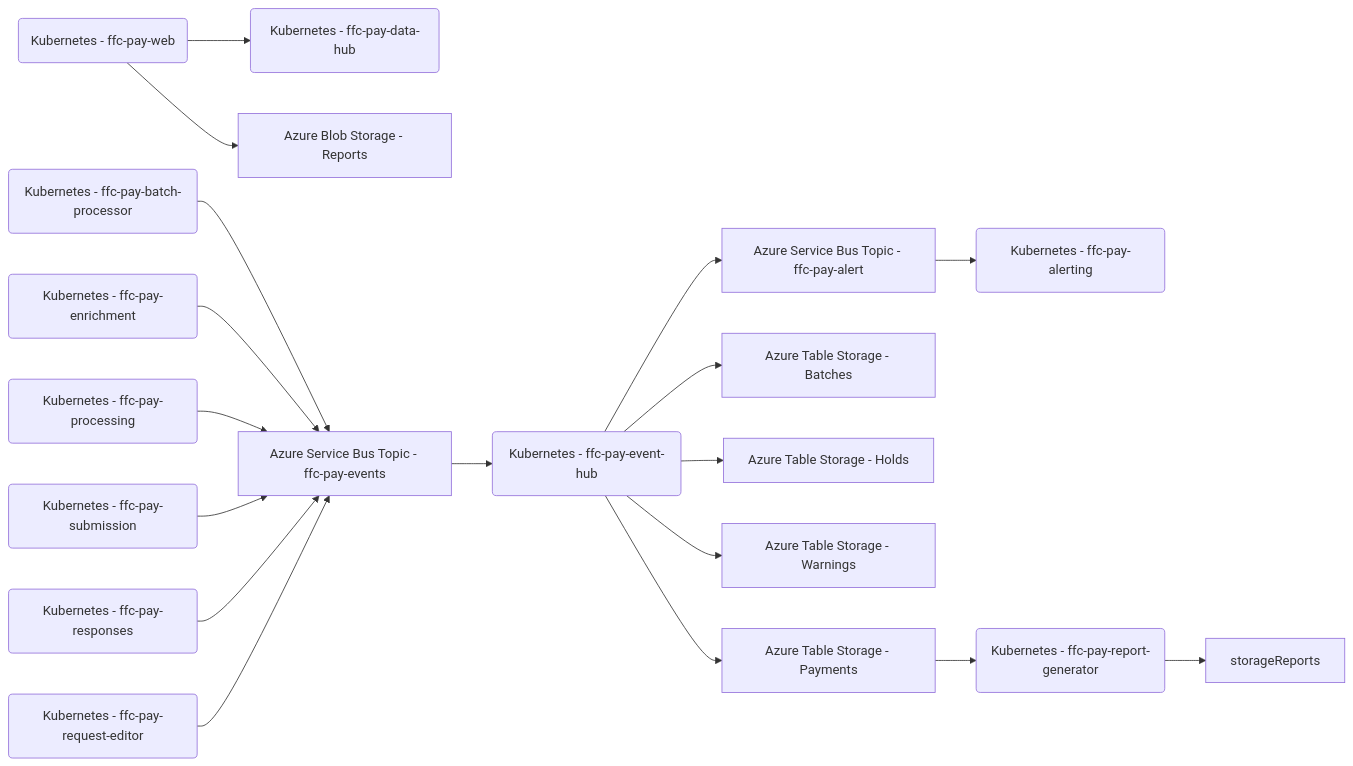
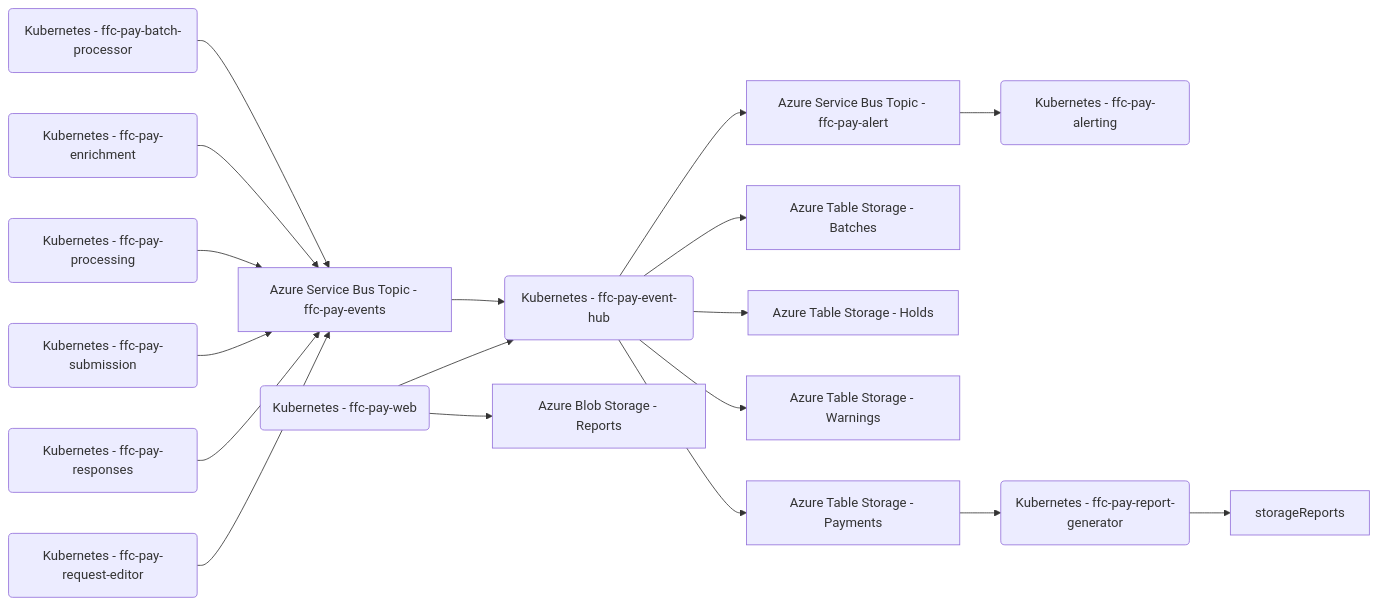
One commit to DEFRA/ffc-pay-core changed the second of 3 diagrams in README.md. Above: the diagram before and after it, drawn with Mermaid. The commit also changed other lines of this file and 10 other files, not shown here.

Commit message:
Removing ffc-pay-data-hub from pay-core scripts

````diff
--- a/README.md
+++ b/README.md
@@ -127,44 +126,43 @@
 ```mermaid
 flowchart LR
 ffc-pay-batch-processor(Kubernetes - ffc-pay-batch-processor)
 ffc-pay-enrichment(Kubernetes - ffc-pay-enrichment)
 ffc-pay-processing(Kubernetes - ffc-pay-processing)
 ffc-pay-submission(Kubernetes - ffc-pay-submission)
 ffc-pay-responses(Kubernetes - ffc-pay-responses)
 ffc-pay-request-editor(Kubernetes - ffc-pay-request-editor)
 ffc-pay-web(Kubernetes - ffc-pay-web)
 
 ffc-pay-event-hub(Kubernetes - ffc-pay-event-hub)
-ffc-pay-data-hub(Kubernetes - ffc-pay-data-hub)
 ffc-pay-alerting(Kubernetes - ffc-pay-alerting)
 ffc-pay-report-generator(Kubernetes - ffc-pay-report-generator)
 
 storageTablePayments[Azure Table Storage - Payments]
 storageTableBatches[Azure Table Storage - Batches]
 storageTableHolds[Azure Table Storage - Holds]
 storageTableWarnings[Azure Table Storage - Warnings]
 storageReport[Azure Blob Storage - Reports]
 
 topicEvents[Azure Service Bus Topic - ffc-pay-events]
 topicAlert[Azure Service Bus Topic - ffc-pay-alert]
 
 ffc-pay-batch-processor --> topicEvents
 ffc-pay-enrichment --> topicEvents
 ffc-pay-processing --> topicEvents
 ffc-pay-submission --> topicEvents
 ffc-pay-responses --> topicEvents
 ffc-pay-request-editor --> topicEvents
 topicEvents --> ffc-pay-event-hub
 ffc-pay-event-hub --> topicAlert
 ffc-pay-event-hub --> storageTablePayments
 ffc-pay-event-hub --> storageTableBatches
 ffc-pay-event-hub --> storageTableHolds
 ffc-pay-event-hub --> storageTableWarnings
 topicAlert --> ffc-pay-alerting
 
 storageTablePayments --> ffc-pay-report-generator
 ffc-pay-report-generator --> storageReports
 
 ffc-pay-web --> storageReport
-ffc-pay-web --> ffc-pay-data-hub
+ffc-pay-web --> ffc-pay-event-hub
 ```
````
